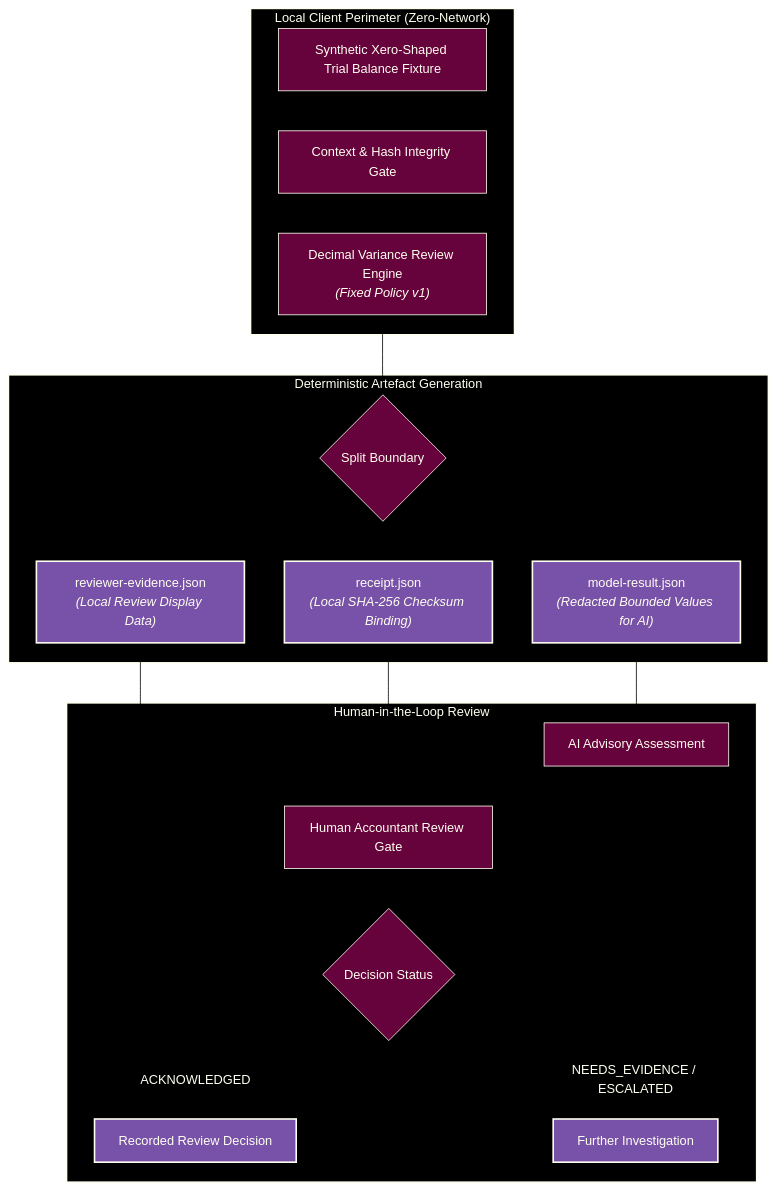
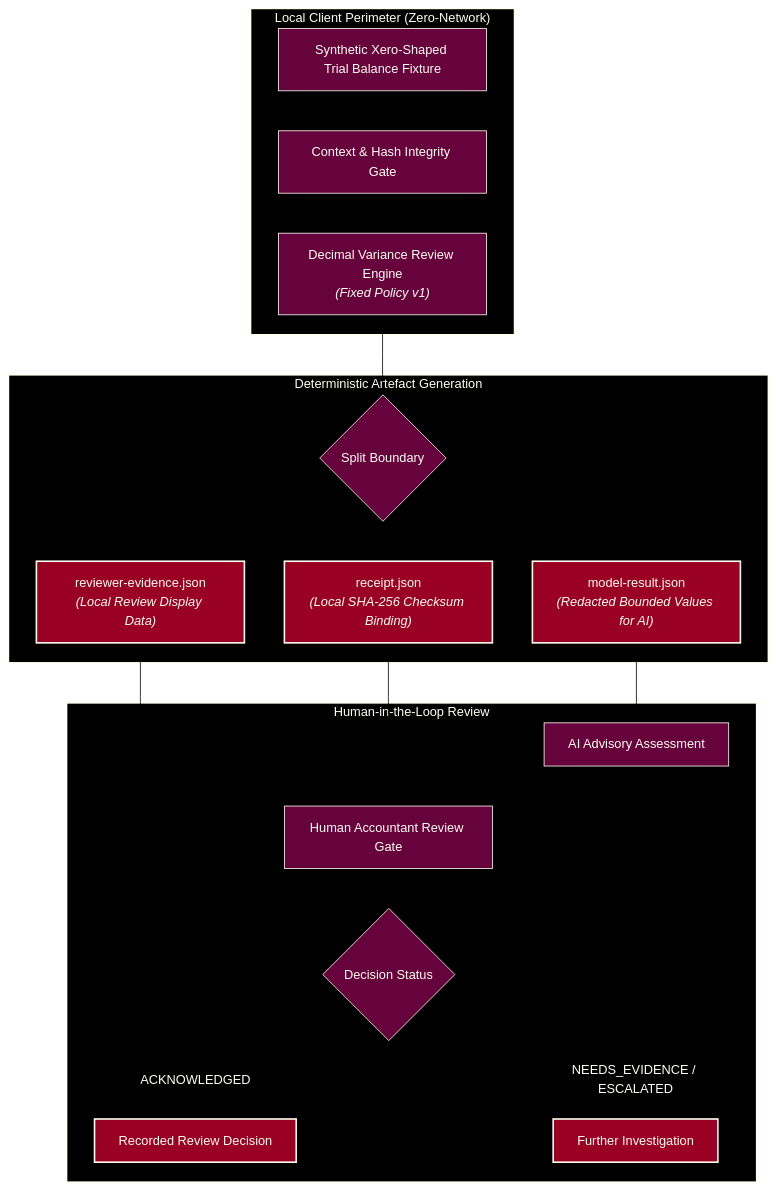
One commit to ryanduguid/accounting-review-pipeline changed the diagram in packages/elizabeth-anne-alexander/README.md. Above: the diagram before and after it, drawn with Mermaid. The commit also changed 4 other files, not shown here.

First line of the commit message:
docs: match Mermaid accents to website palette (#335)

````diff
--- a/packages/elizabeth-anne-alexander/README.md
+++ b/packages/elizabeth-anne-alexander/README.md
@@ -51,32 +51,32 @@
 ```mermaid
 flowchart TD
 %%{init: {"theme": "base", "look": "classic", "themeVariables": {"background": "#000000", "primaryColor": "#66023C", "primaryTextColor": "#FFFFF0", "primaryBorderColor": "#FFFFF0", "lineColor": "#000000", "textColor": "#FFFFF0", "edgeLabelBackground": "#000000", "clusterBkg": "#000000", "clusterBorder": "#FFFFF0", "titleColor": "#FFFFF0"}, "themeCSS": ".flowchart-link, .relationshipLine, marker path { filter: drop-shadow(0px 1px 0px #FFFFF0) drop-shadow(0px -1px 0px #FFFFF0) drop-shadow(1px 0px 0px #FFFFF0) drop-shadow(-1px 0px 0px #FFFFF0); }"}}%%
     subgraph ClientPerimeter ["Local Client Perimeter (Zero-Network)"]
         Raw["Synthetic Xero-Shaped Trial Balance Fixture"] --> Validate["Context & Hash Integrity Gate"]
         Validate --> Engine["Decimal Variance Review Engine<br/><i>(Fixed Policy v1)</i>"]
     end
 
     subgraph ArtifactSplit ["Deterministic Artefact Generation"]
         Engine --> Split{"Split Boundary"}
         Split --> Model["model-result.json<br/><i>(Redacted Bounded Values for AI)</i>"]
         Split --> Evidence["reviewer-evidence.json<br/><i>(Local Review Display Data)</i>"]
         Split --> Receipt["receipt.json<br/><i>(Local SHA-256 Checksum Binding)</i>"]
     end
 
     subgraph Governance ["Human-in-the-Loop Review"]
         Model --> LLM["AI Advisory Assessment"]
         Evidence & Receipt & LLM --> Reviewer["Human Accountant Review Gate"]
         Reviewer --> Decision{"Decision Status"}
         Decision -->|ACKNOWLEDGED| Done["Recorded Review Decision"]
         Decision -->|NEEDS_EVIDENCE / ESCALATED| Action["Further Investigation"]
     end
 
     style ClientPerimeter fill:#000000,stroke:#FFFFF0,stroke-width:2px,color:#FFFFF0
     style ArtifactSplit fill:#000000,stroke:#FFFFF0,stroke-width:2px,color:#FFFFF0
     style Governance fill:#000000,stroke:#FFFFF0,stroke-width:2px,color:#FFFFF0
-    style Model fill:#7851A9,stroke:#FFFFF0,stroke-width:2px,color:#FFFFF0
-    style Evidence fill:#7851A9,stroke:#FFFFF0,stroke-width:2px,color:#FFFFF0
-    style Receipt fill:#7851A9,stroke:#FFFFF0,stroke-width:2px,color:#FFFFF0
-    style Done fill:#7851A9,stroke:#FFFFF0,stroke-width:2px,color:#FFFFF0
-    style Action fill:#7851A9,stroke:#FFFFF0,stroke-width:2px,color:#FFFFF0
+    style Model fill:#990024,stroke:#FFFFF0,stroke-width:2px,color:#FFFFF0
+    style Evidence fill:#990024,stroke:#FFFFF0,stroke-width:2px,color:#FFFFF0
+    style Receipt fill:#990024,stroke:#FFFFF0,stroke-width:2px,color:#FFFFF0
+    style Done fill:#990024,stroke:#FFFFF0,stroke-width:2px,color:#FFFFF0
+    style Action fill:#990024,stroke:#FFFFF0,stroke-width:2px,color:#FFFFF0
 ```
````
